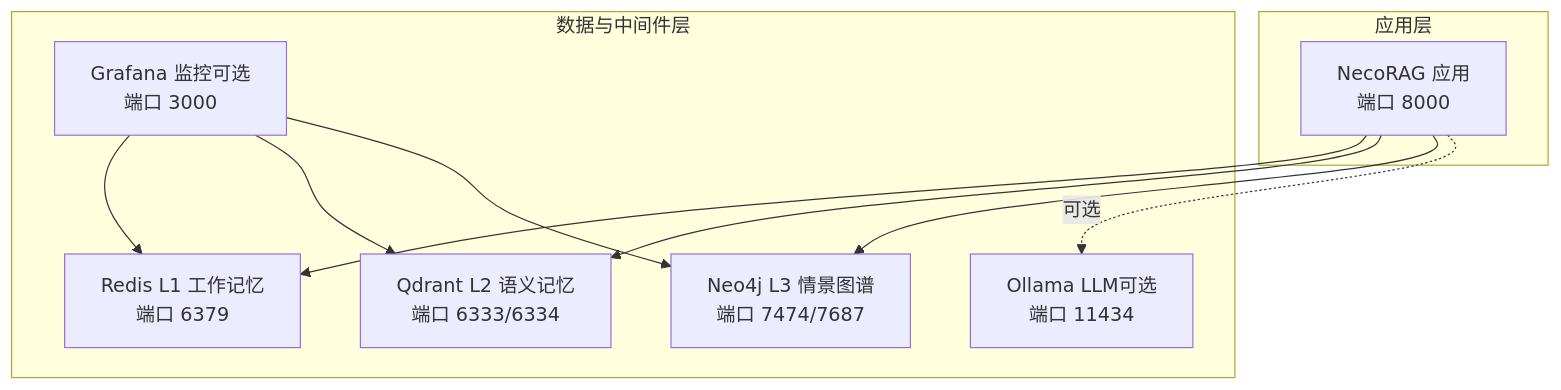
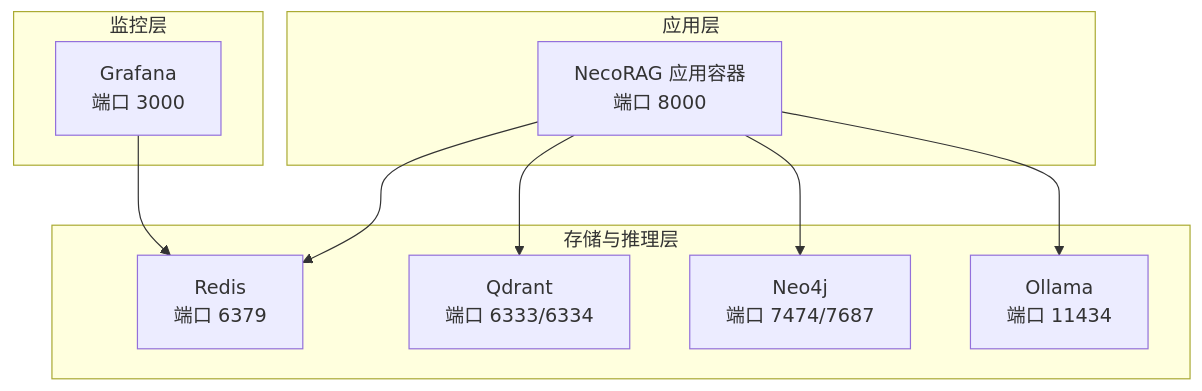
One commit to JieGaoPrinceton/NecoRAG changed the first of 5 diagrams in .qoder/repowiki/zh/content/部署与运维/生产环境配置.md. Above: the diagram before and after it, drawn with Mermaid. The commit also changed other lines of this file and 181 other files, not shown here.

````diff
--- a/.qoder/repowiki/zh/content/部署与运维/生产环境配置.md
+++ b/.qoder/repowiki/zh/content/部署与运维/生产环境配置.md
@@ -38,20 +39,20 @@
 ```mermaid
 graph TB
 subgraph "应用层"
-APP["NecoRAG 应用<br/>端口 8000"]
+APP["NecoRAG 应用容器<br/>端口 8000"]
 end
-subgraph "数据与中间件层"
-REDIS["Redis L1 工作记忆<br/>端口 6379"]
-QDRANT["Qdrant L2 语义记忆<br/>端口 6333/6334"]
-NEO4J["Neo4j L3 情景图谱<br/>端口 7474/7687"]
-OLLAMA["Ollama LLM可选<br/>端口 11434"]
-GRAFANA["Grafana 监控可选<br/>端口 3000"]
+subgraph "存储与推理层"
+REDIS["Redis<br/>端口 6379"]
+QDRANT["Qdrant<br/>端口 6333/6334"]
+NEO4J["Neo4j<br/>端口 7474/7687"]
+OLLAMA["Ollama<br/>端口 11434"]
+end
+subgraph "监控层"
+GRAFANA["Grafana<br/>端口 3000"]
 end
 APP --> REDIS
 APP --> QDRANT
 APP --> NEO4J
-APP -.可选.-> OLLAMA
+APP --> OLLAMA
 GRAFANA --> REDIS
-GRAFANA --> QDRANT
-GRAFANA --> NEO4J
 ```
````
